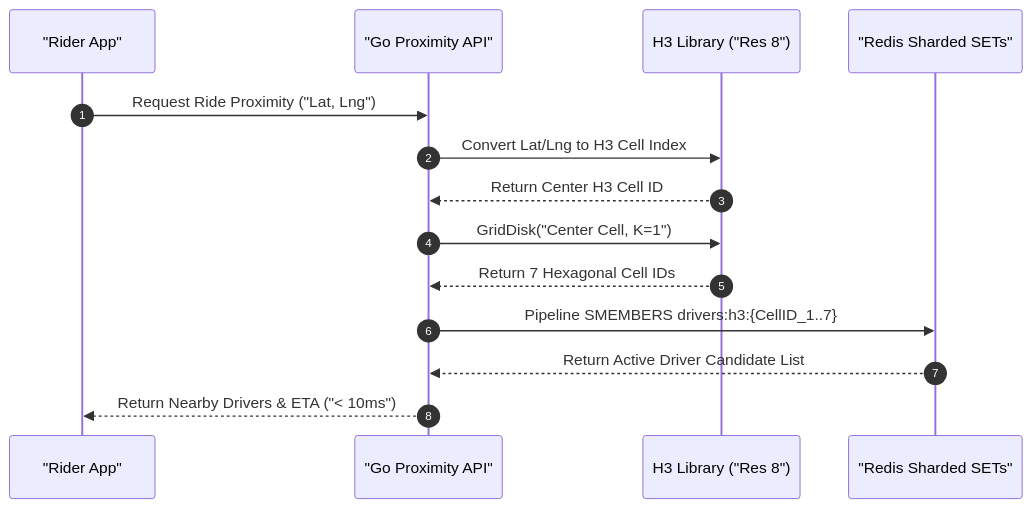
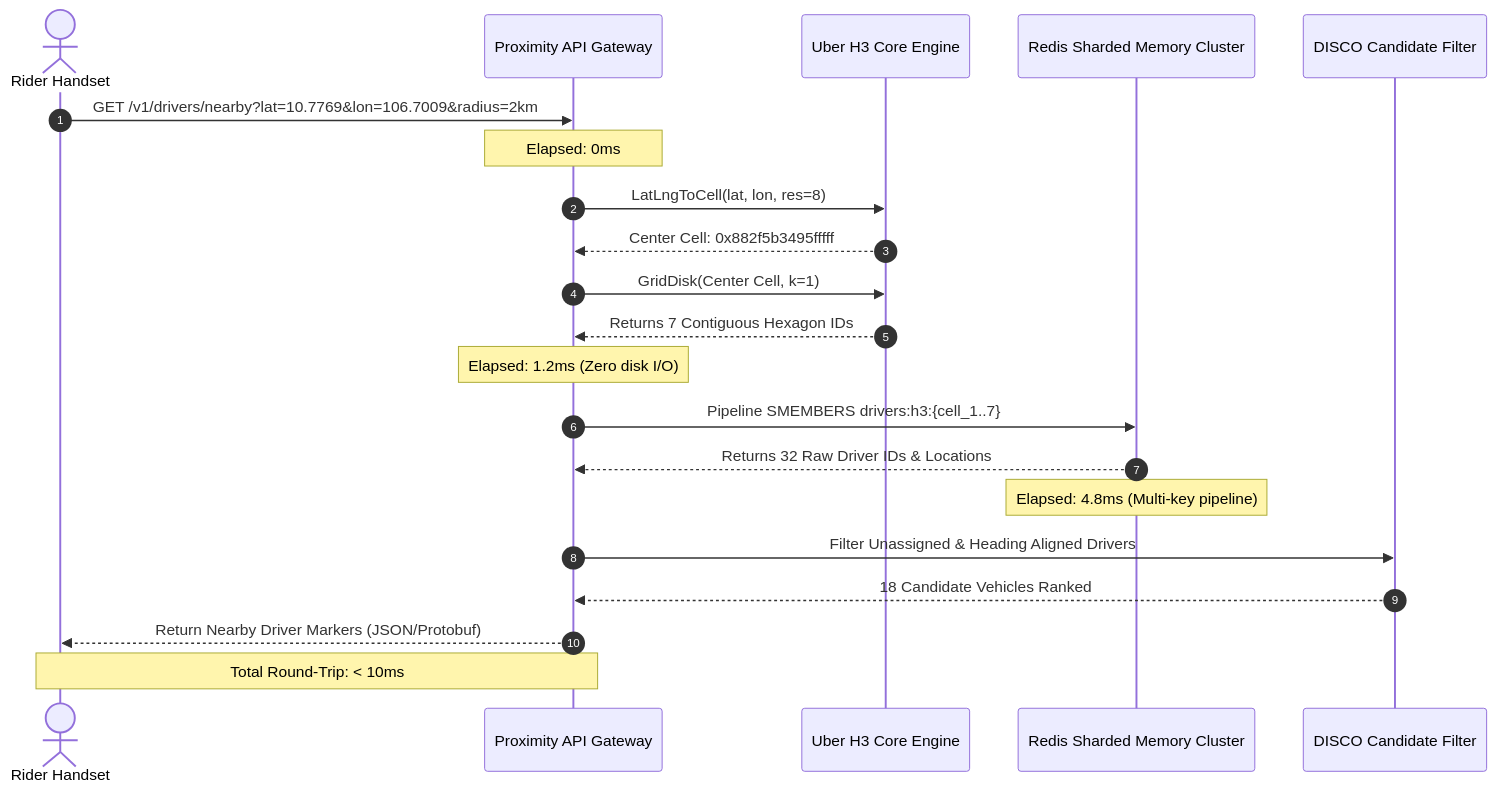
The first of 3 diagrams in content/series/ride-hailing-realtime-architecture/part-2-geospatial-indexing.md (vesviet/vesviet), drawn with Mermaid before and after one commit. The commit also changed other lines of this file and 56 other files, not shown here.

Commit message:
feat(sprint-1): upgrade architectural-tradeoffs-showdowns and ride-hailing to 2027 SOTA masterclass

````diff
--- a/content/series/ride-hailing-realtime-architecture/part-2-geospatial-indexing.md
+++ b/content/series/ride-hailing-realtime-architecture/part-2-geospatial-indexing.md
@@ -62,17 +63,24 @@
 ```mermaid
 sequenceDiagram
     autonumber
-    participant Rider as "Rider App"
-    participant API as "Go Proximity API"
-    participant H3 as H3 Library ("Res 8")
-    participant Redis as "Redis Sharded SETs"
+    actor Rider as Rider Handset
+    participant Gateway as Proximity API Gateway
+    participant H3Engine as Uber H3 Core Engine
+    participant RedisCluster as Redis Sharded Memory Cluster
+    participant Dispatcher as DISCO Candidate Filter
 
-    Rider->>API: Request Ride Proximity ("Lat, Lng")
-    API->>H3: Convert Lat/Lng to H3 Cell Index
-    H3-->>API: Return Center H3 Cell ID
-    API->>H3: GridDisk("Center Cell, K=1")
-    H3-->>API: Return 7 Hexagonal Cell IDs
-    API->>Redis: Pipeline SMEMBERS drivers:h3:{CellID_1..7}
-    Redis-->>API: Return Active Driver Candidate List
-    API-->>Rider: Return Nearby Drivers & ETA ("< 10ms")
+    Rider->>Gateway: GET /v1/drivers/nearby?lat=10.7769&lon=106.7009&radius=2km
+    Note over Gateway: Elapsed: 0ms
+    Gateway->>H3Engine: LatLngToCell(lat, lon, res=8)
+    H3Engine-->>Gateway: Center Cell: 0x882f5b3495fffff
+    Gateway->>H3Engine: GridDisk(Center Cell, k=1)
+    H3Engine-->>Gateway: Returns 7 Contiguous Hexagon IDs
+    Note over Gateway: Elapsed: 1.2ms (Zero disk I/O)
+    Gateway->>RedisCluster: Pipeline SMEMBERS drivers:h3:{cell_1..7}
+    RedisCluster-->>Gateway: Returns 32 Raw Driver IDs & Locations
+    Note over RedisCluster: Elapsed: 4.8ms (Multi-key pipeline)
+    Gateway->>Dispatcher: Filter Unassigned & Heading Aligned Drivers
+    Dispatcher-->>Gateway: 18 Candidate Vehicles Ranked
+    Gateway-->>Rider: Return Nearby Driver Markers (JSON/Protobuf)
+    Note over Rider,Gateway: Total Round-Trip: < 10ms
 ```
````
